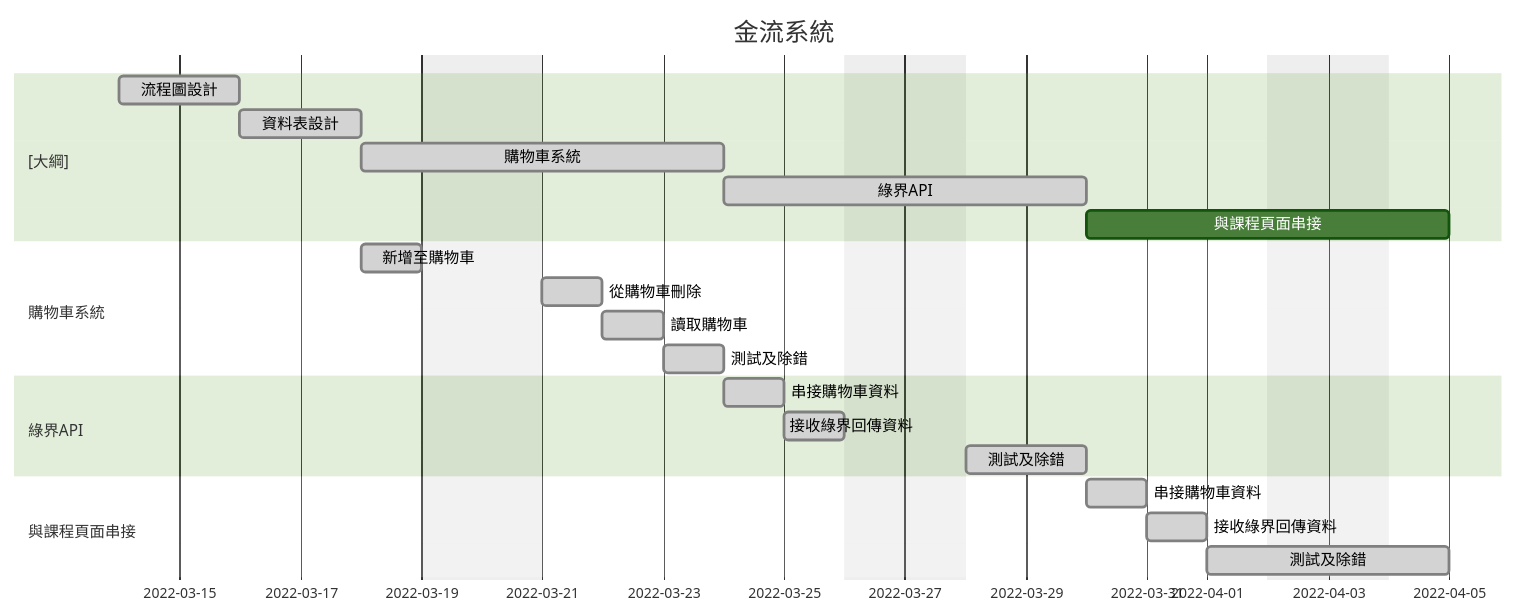
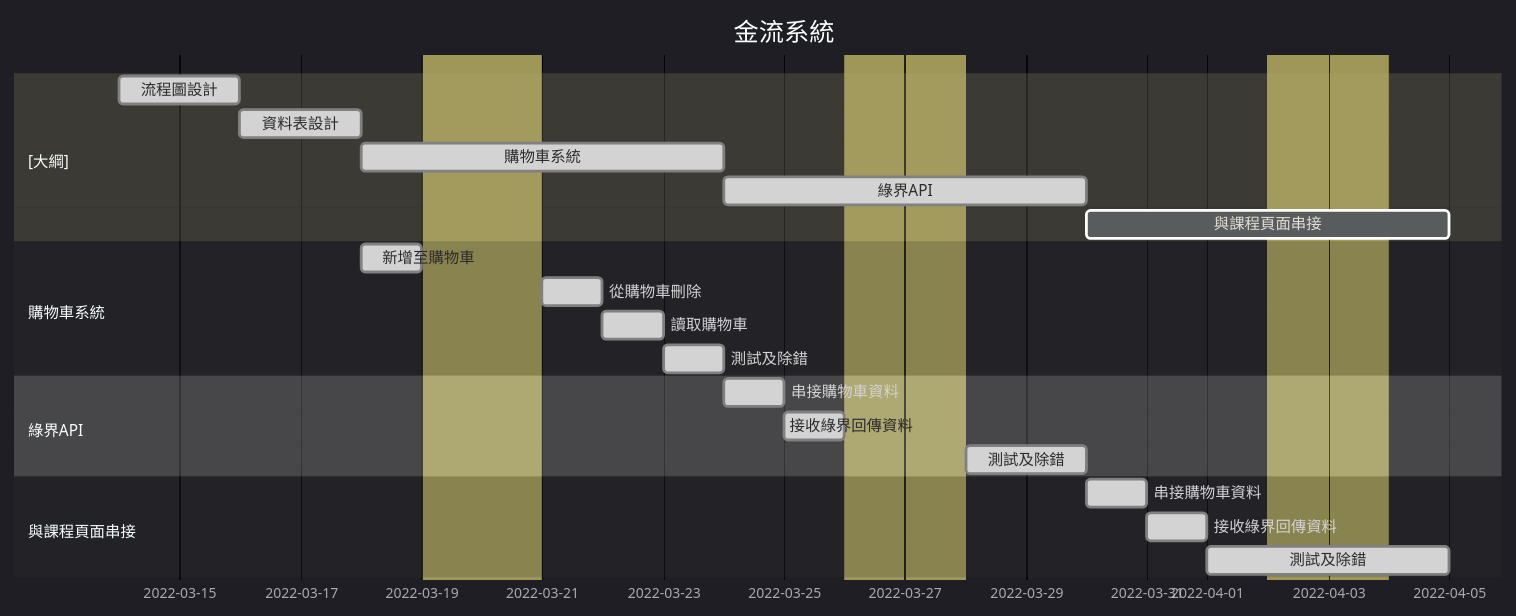
The diagram in manual/GanttChart/trade.md (IIIEDUG02/SpecialTopic), drawn with Mermaid before and after one commit.

Commit message:
更新甘特圖style

````diff
--- a/manual/GanttChart/trade.md
+++ b/manual/GanttChart/trade.md
@@ -1,35 +1,35 @@
 ```mermaid
 gantt
     title 金流系統
     dateFormat  YYYY-MM-DD
     excludes weekends
-    %%{init: {'theme': 'forest'} }%%
+    %%{init: {'theme': 'dark'} }%%
 
     section [大綱]
     excludes    days
     流程圖設計     :done, a1, 2022-03-14, 2d
     資料表設計     :done, a2, after a1, 2d
     購物車系統     :done, a3, after a2, 4d
     綠界API       :done, a4, after a3, 4d
     與課程頁面串接  :,after a4  , 4d
  
     section 購物車系統
     excludes    days
     新增至購物車   :done, b2, after a2, 1d
     從購物車刪除   :done, b3, after b2, 1d
     讀取購物車     :done, b4, after b3, 1d
     測試及除錯     :done, b5, after b4, 1d
     
     section 綠界API
     excludes    days
     串接購物車資料   :done, c2, after b5, 1d
     接收綠界回傳資料 :done, c3, after c2, 1d
     測試及除錯     :done, c4, after c3, 2d
 
     section 與課程頁面串接
     excludes    days
     串接購物車資料   :done, d2, after c4, 1d
     接收綠界回傳資料 :done, d3, after d2, 1d
     測試及除錯     :done, d4, after d3, 2d
     
 ```
````
